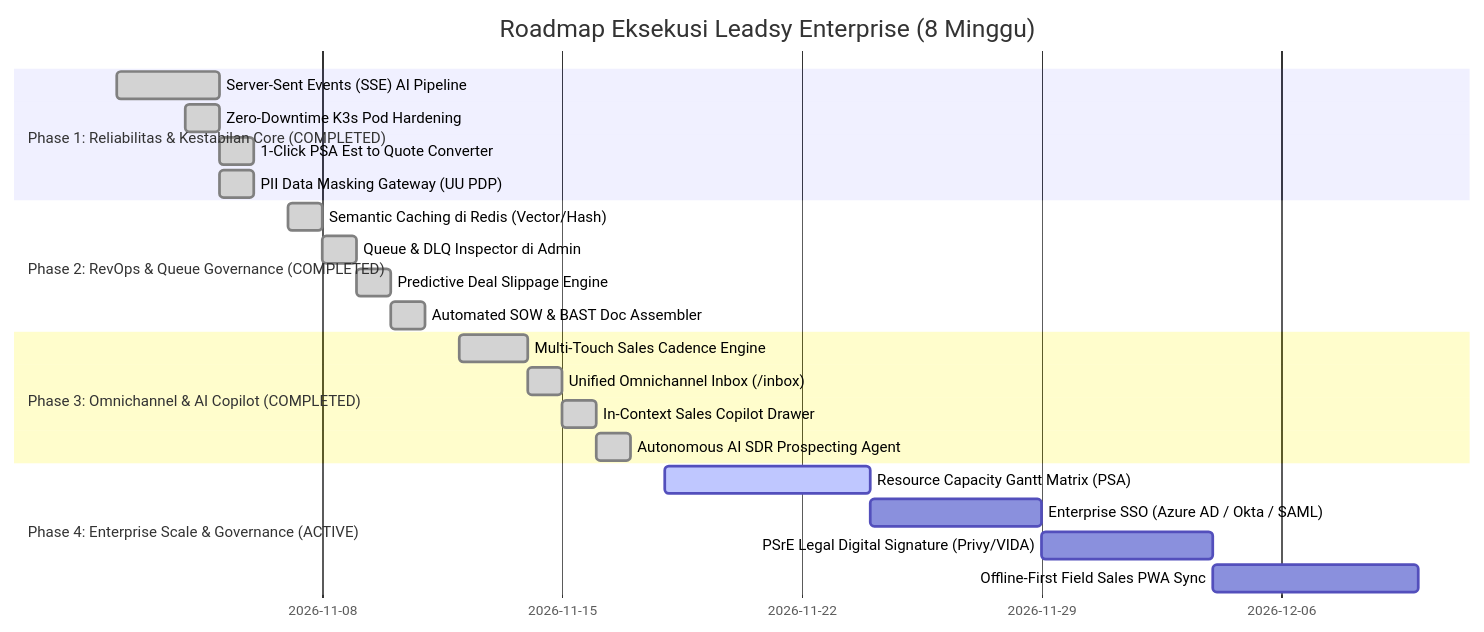
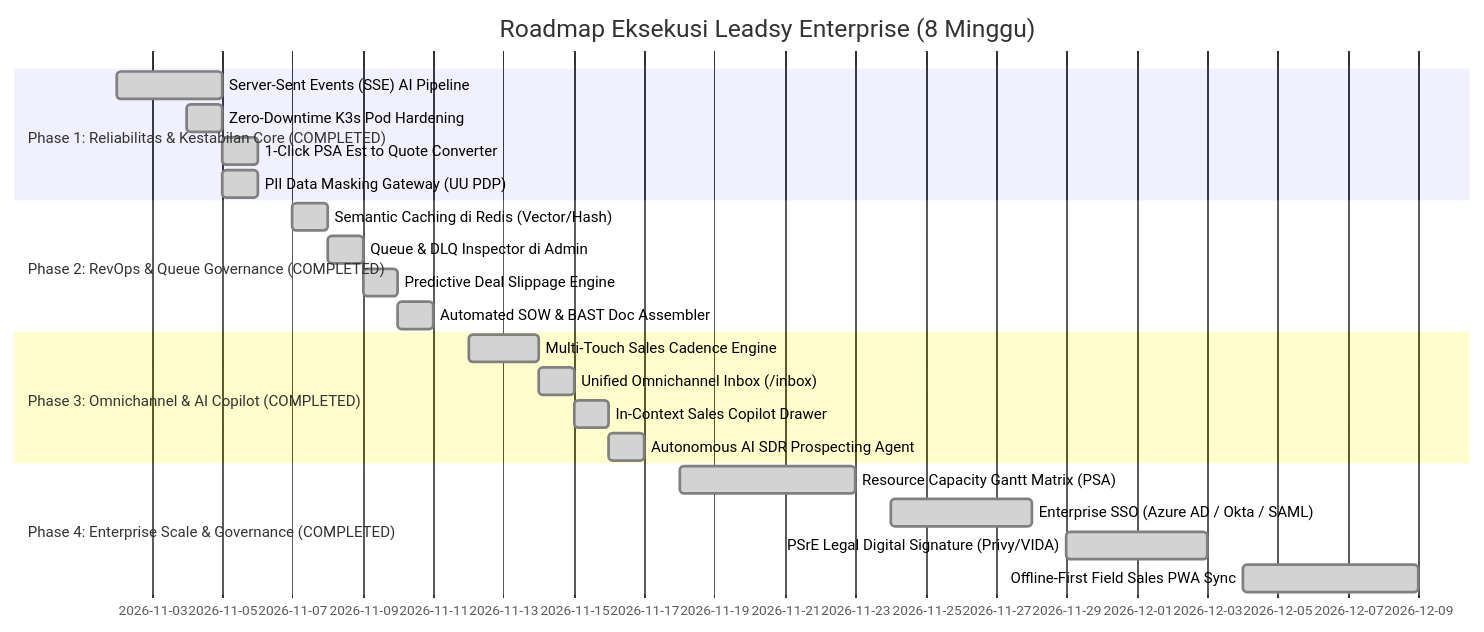
The diagram in docs/strategy/enterprise-execution-roadmap-sprint-1-to-4.md (kodratsantoso/Leadsy), drawn with Mermaid before and after one commit. The commit also changed other lines of this file and 25 other files, not shown here.

Commit message:
feat(sprint-4): enterprise governance, resource capacity matrix, sso federation, psre signature & offline sync

````diff
--- a/docs/strategy/enterprise-execution-roadmap-sprint-1-to-4.md
+++ b/docs/strategy/enterprise-execution-roadmap-sprint-1-to-4.md
@@ -16,28 +16,28 @@
 ```mermaid
 gantt
     title Roadmap Eksekusi Leadsy Enterprise (8 Minggu)
     dateFormat  YYYY-MM-DD
     section Phase 1: Reliabilitas & Kestabilan Core (COMPLETED)
     Server-Sent Events (SSE) AI Pipeline     :done, p1_1, 2026-11-02, 2026-11-05
     Zero-Downtime K3s Pod Hardening         :done, p1_2, 2026-11-04, 2026-11-05
     1-Click PSA Est to Quote Converter       :done, p1_3, 2026-11-05, 2026-11-06
     PII Data Masking Gateway (UU PDP)       :done, p1_4, 2026-11-05, 2026-11-06
 
     section Phase 2: RevOps & Queue Governance (COMPLETED)
     Semantic Caching di Redis (Vector/Hash)  :done, p2_1, 2026-11-07, 2026-11-08
     Queue & DLQ Inspector di Admin           :done, p2_2, 2026-11-08, 2026-11-09
     Predictive Deal Slippage Engine          :done, p2_3, 2026-11-09, 2026-11-10
     Automated SOW & BAST Doc Assembler       :done, p2_4, 2026-11-10, 2026-11-11
 
     section Phase 3: Omnichannel & AI Copilot (COMPLETED)
     Multi-Touch Sales Cadence Engine        :done, p3_1, 2026-11-12, 2026-11-14
     Unified Omnichannel Inbox (/inbox)       :done, p3_2, 2026-11-14, 2026-11-15
     In-Context Sales Copilot Drawer          :done, p3_3, 2026-11-15, 2026-11-16
     Autonomous AI SDR Prospecting Agent      :done, p3_4, 2026-11-16, 2026-11-17
 
-    section Phase 4: Enterprise Scale & Governance (ACTIVE)
-    Resource Capacity Gantt Matrix (PSA)     :active, p4_1, 2026-11-18, 6d
-    Enterprise SSO (Azure AD / Okta / SAML)  :p4_2, 2026-11-24, 5d
-    PSrE Legal Digital Signature (Privy/VIDA):p4_3, 2026-11-29, 5d
-    Offline-First Field Sales PWA Sync       :p4_4, 2026-12-04, 6d
+    section Phase 4: Enterprise Scale & Governance (COMPLETED)
+    Resource Capacity Gantt Matrix (PSA)     :done, p4_1, 2026-11-18, 2026-11-23
+    Enterprise SSO (Azure AD / Okta / SAML)  :done, p4_2, 2026-11-24, 2026-11-28
+    PSrE Legal Digital Signature (Privy/VIDA):done, p4_3, 2026-11-29, 2026-12-03
+    Offline-First Field Sales PWA Sync       :done, p4_4, 2026-12-04, 2026-12-09
 ```
````
